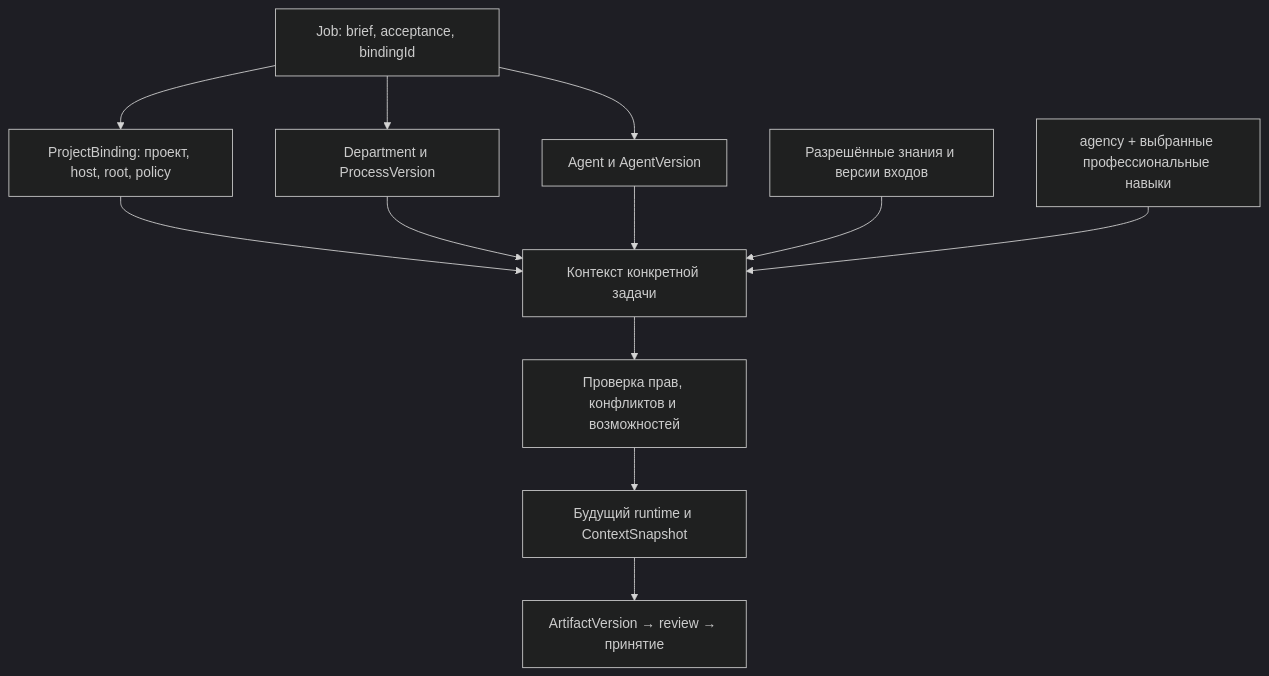
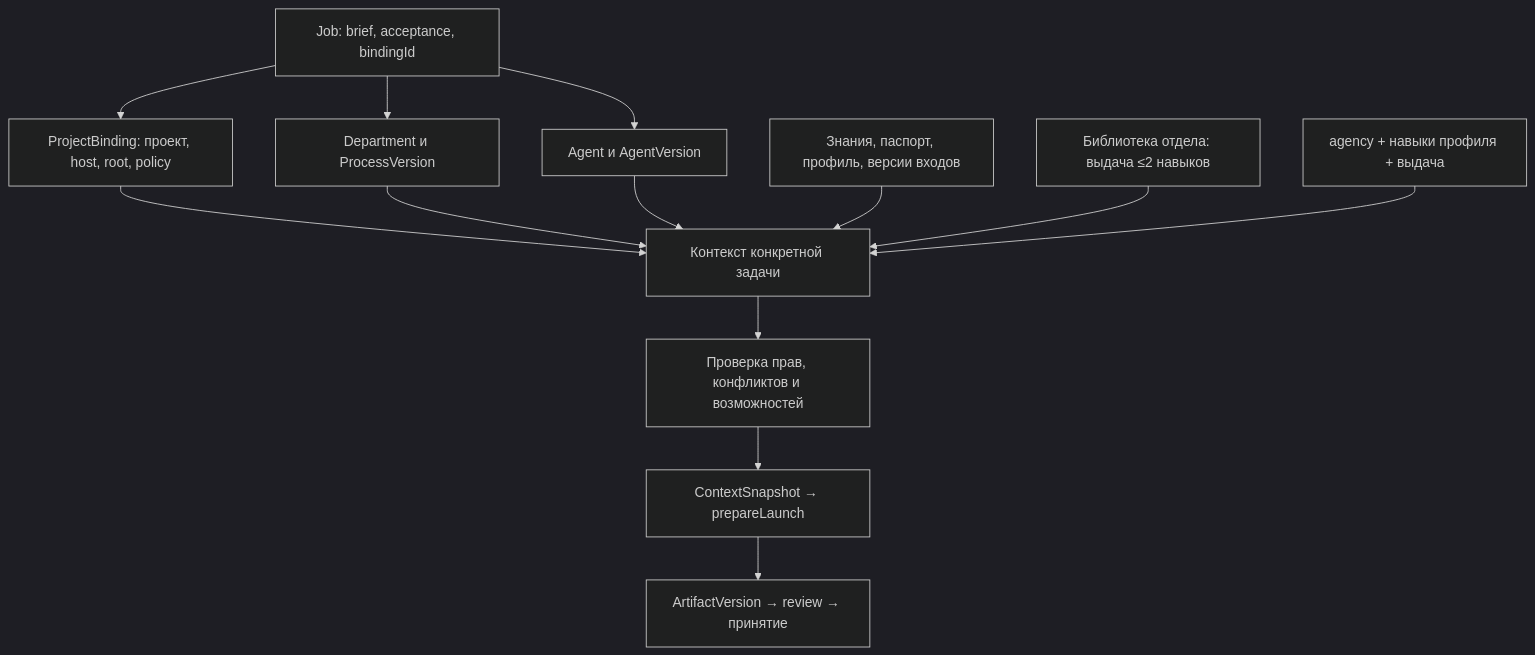
Before and after one commit to VKirill/bb-plugin-agency: the diagram in docs/skills-integration.md, drawn with Mermaid (dark theme). The commit also changed other lines of this file and 23 other files, not shown here.

````diff
--- a/docs/skills-integration.md
+++ b/docs/skills-integration.md
@@ -17,14 +20,15 @@
 ```mermaid
 flowchart TD
   J[Job: brief, acceptance, bindingId] --> B[ProjectBinding: проект, host, root, policy]
   J --> D[Department и ProcessVersion]
   J --> A[Agent и AgentVersion]
   B --> C[Контекст конкретной задачи]
   D --> C
   A --> C
-  K[Разрешённые знания и версии входов] --> C
-  S[agency + выбранные профессиональные навыки] --> C
+  K[Знания, паспорт, профиль, версии входов] --> C
+  P[Библиотека отдела: выдача ≤2 навыков] --> C
+  S[agency + навыки профиля + выдача] --> C
   C --> R[Проверка прав, конфликтов и возможностей]
-  R --> X[Будущий runtime и ContextSnapshot]
+  R --> X[ContextSnapshot → prepareLaunch]
   X --> O[ArtifactVersion → review → принятие]
 ```
````
